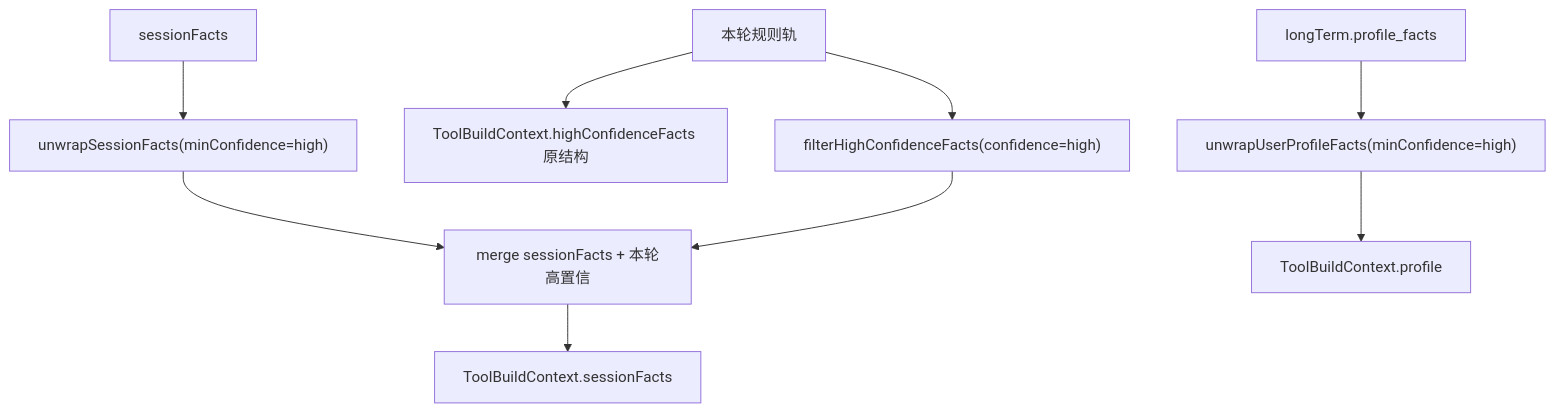
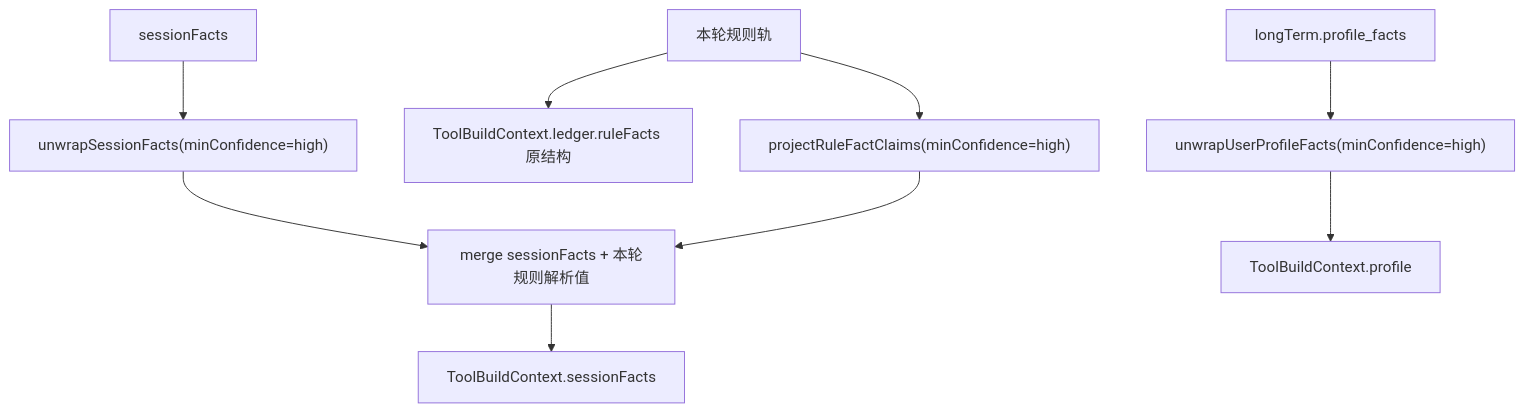
The diagram in docs/architecture/memory-architecture.md (huajune/cake-agent-runtime), drawn with Mermaid before and after one commit. The commit also changed other lines of this file and 19 other files, not shown here.

````diff
--- a/docs/architecture/memory-architecture.md
+++ b/docs/architecture/memory-architecture.md
@@ -381,11 +381,11 @@
 ```mermaid
 flowchart TD
   A["longTerm.profile_facts"] --> B["unwrapUserProfileFacts(minConfidence=high)"]
   C["sessionFacts"] --> D["unwrapSessionFacts(minConfidence=high)"]
-  E["本轮规则轨"] --> F["filterHighConfidenceFacts(confidence=high)"]
-  D --> G["merge sessionFacts + 本轮高置信"]
+  E["本轮规则轨"] --> F["projectRuleFactClaims(minConfidence=high)"]
+  D --> G["merge sessionFacts + 本轮规则解析值"]
   F --> G
   B --> H["ToolBuildContext.profile"]
   G --> I["ToolBuildContext.sessionFacts"]
-  E --> J["ToolBuildContext.highConfidenceFacts 原结构"]
+  E --> J["ToolBuildContext.ledger.ruleFacts 原结构"]
 ```
````
